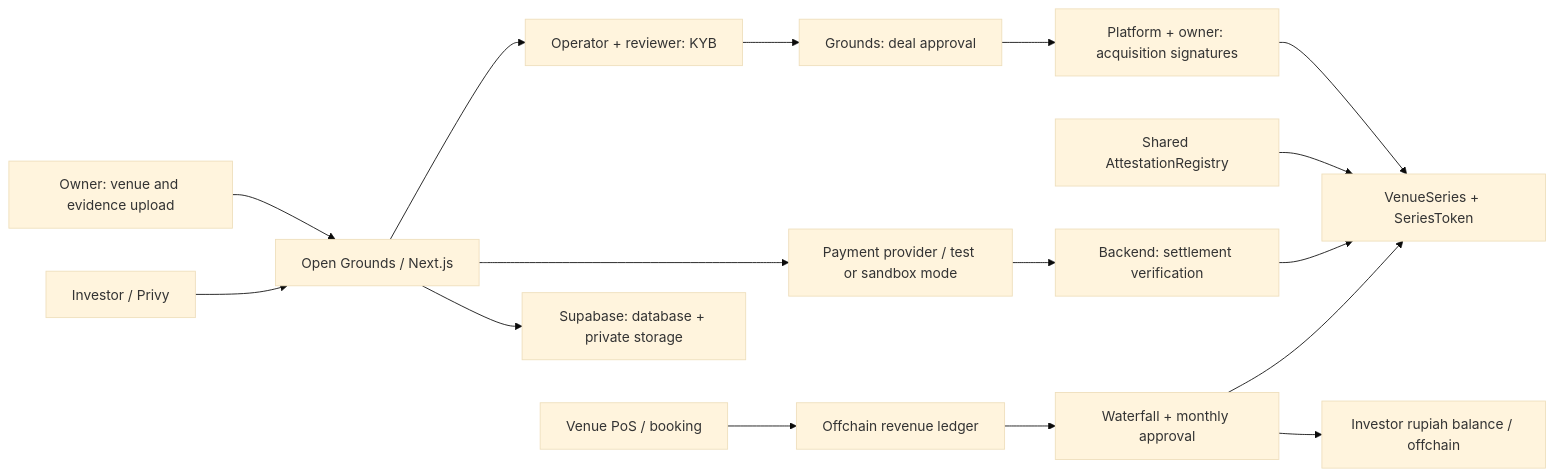
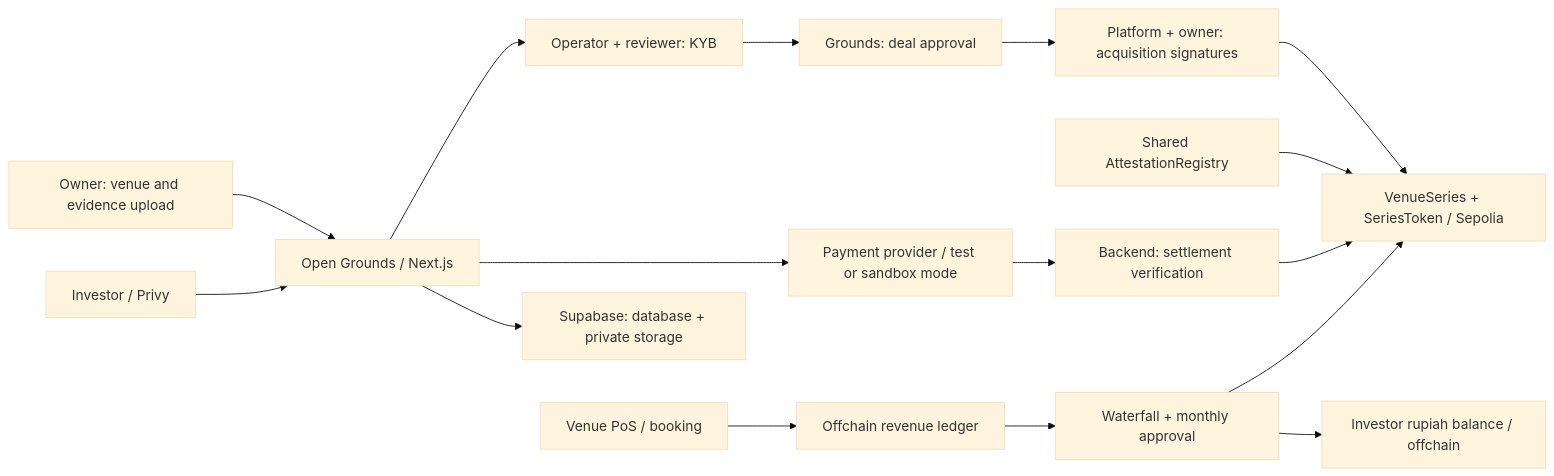
One commit to senarais/opengrounds changed the diagram in README.md. Above: the diagram before and after it, drawn with Mermaid (base theme). The commit also changed other lines of this file, not shown here.

````diff
--- a/README.md
+++ b/README.md
@@ -61,18 +108,18 @@
 ```mermaid
 flowchart LR
   Owner[Owner: venue and evidence upload] --> Web[Open Grounds / Next.js]
   Web --> Review[Operator + reviewer: KYB]
   Review --> Deal[Grounds: deal approval]
   Deal --> Sign[Platform + owner: acquisition signatures]
-  Sign --> Series[VenueSeries + SeriesToken]
+  Sign --> Series[VenueSeries + SeriesToken / Sepolia]
   Registry[Shared AttestationRegistry] --> Series
   Investor[Investor / Privy] --> Web
   Web --> PSP[Payment provider / test or sandbox mode]
   PSP --> Backend[Backend: settlement verification]
   Backend --> Series
   POS[Venue PoS / booking] --> Ledger[Offchain revenue ledger]
   Ledger --> Monthly[Waterfall + monthly approval]
   Monthly --> Series
   Monthly --> Balance[Investor rupiah balance / offchain]
   Web --> DB[Supabase: database + private storage]
 ```
````
